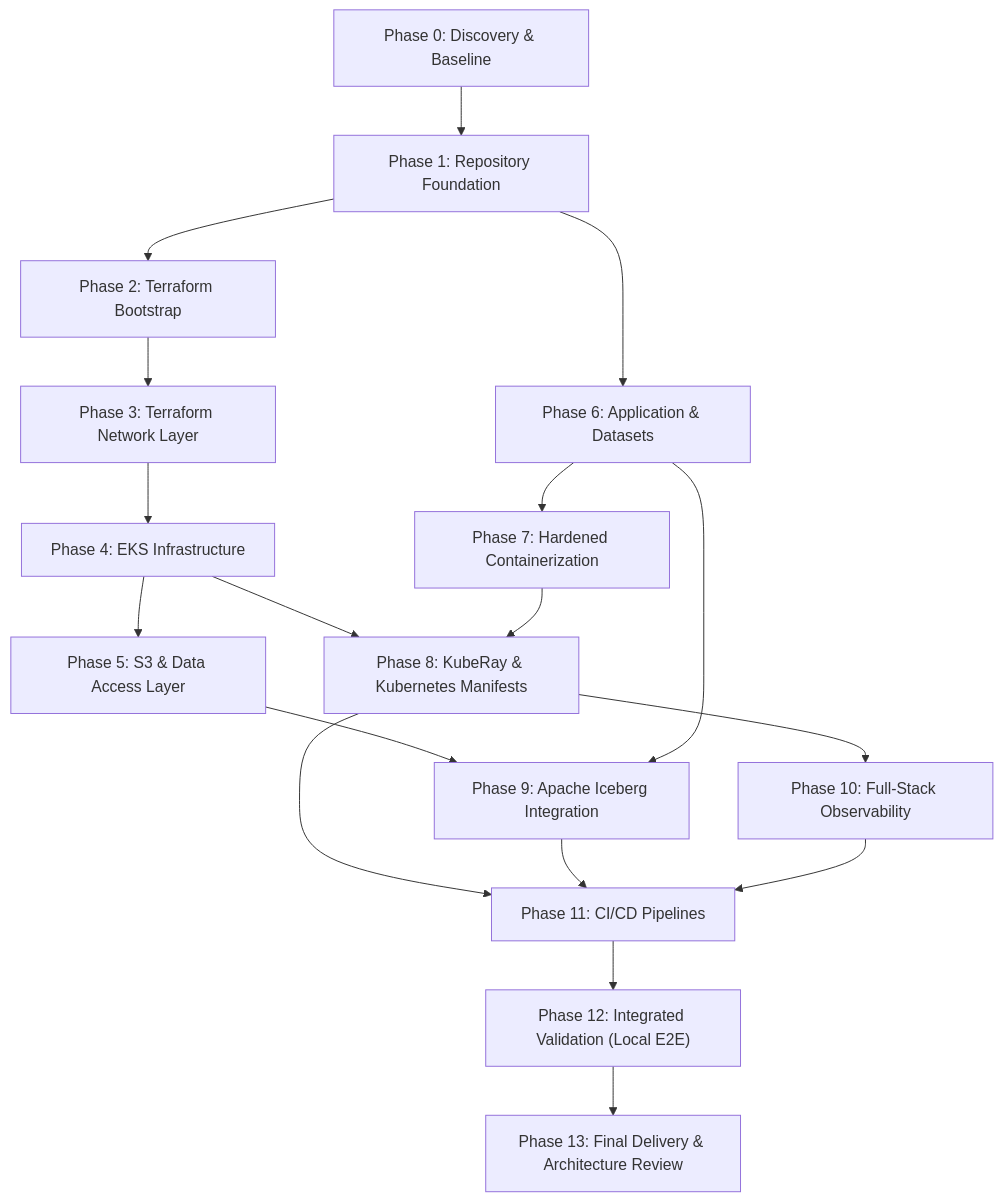
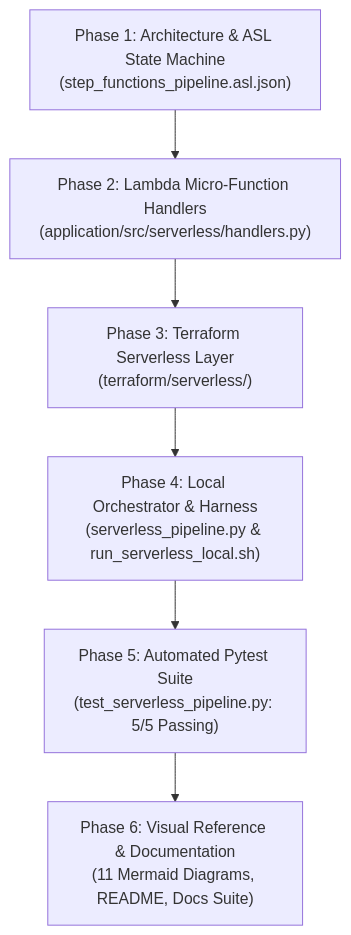
Before and after one commit to jashkv/ray-platform: the diagram in ray-ai-platform/docs/implementation.md, drawn with Mermaid. The commit also changed other lines of this file and 34 other files, not shown here.

Commit message:
docs(serverless): completely align all documentation, diagrams, runbooks, and test configs with the AWS Serverless Platform architecture

````diff
--- a/ray-ai-platform/docs/implementation.md
+++ b/ray-ai-platform/docs/implementation.md
@@ -46,16 +23,8 @@
 ```mermaid
 flowchart TD
-    P0["Phase 0: Discovery & Baseline"] --> P1["Phase 1: Repository Foundation"]
-    P1 --> P2["Phase 2: Terraform Bootstrap"]
-    P2 --> P3["Phase 3: Terraform Network Layer"]
-    P3 --> P4["Phase 4: EKS Infrastructure"]
-    P4 --> P5["Phase 5: S3 & Data Access Layer"]
-    P1 --> P6["Phase 6: Application & Datasets"]
-    P6 --> P7["Phase 7: Hardened Containerization"]
-    P4 & P7 --> P8["Phase 8: KubeRay & Kubernetes Manifests"]
-    P5 & P6 --> P9["Phase 9: Apache Iceberg Integration"]
-    P8 --> P10["Phase 10: Full-Stack Observability"]
-    P8 & P9 & P10 --> P11["Phase 11: CI/CD Pipelines"]
-    P11 --> P12["Phase 12: Integrated Validation (Local E2E)"]
-    P12 --> P13["Phase 13: Final Delivery & Architecture Review"]
+    P1["Phase 1: Architecture & ASL State Machine\n(step_functions_pipeline.asl.json)"] --> P2["Phase 2: Lambda Micro-Function Handlers\n(application/src/serverless/handlers.py)"]
+    P2 --> P3["Phase 3: Terraform Serverless Layer\n(terraform/serverless/)"]
+    P3 --> P4["Phase 4: Local Orchestrator & Harness\n(serverless_pipeline.py & run_serverless_local.sh)"]
+    P4 --> P5["Phase 5: Automated Pytest Suite\n(test_serverless_pipeline.py: 5/5 Passing)"]
+    P5 --> P6["Phase 6: Visual Reference & Documentation\n(11 Mermaid Diagrams, README, Docs Suite)"]
 ```
````
